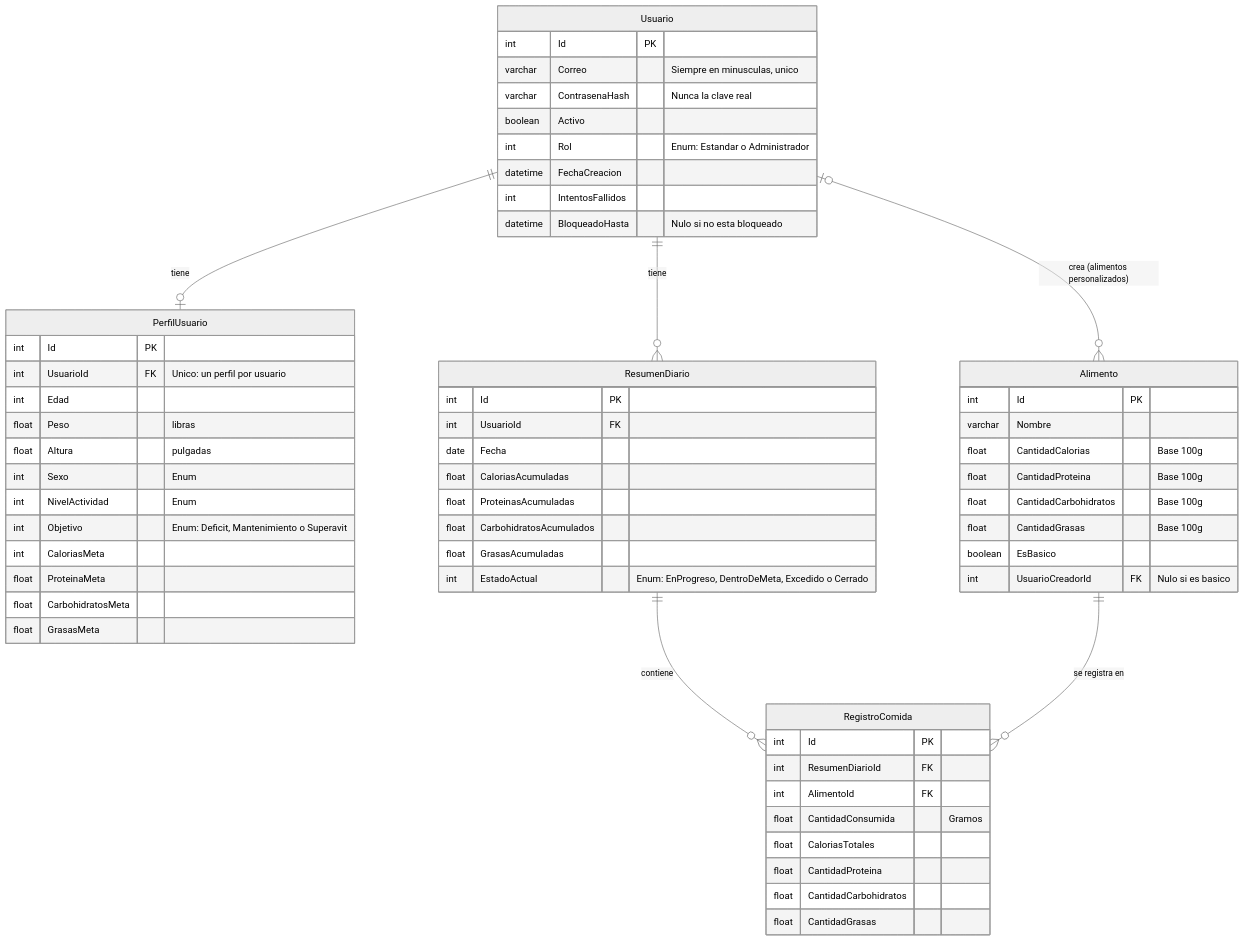
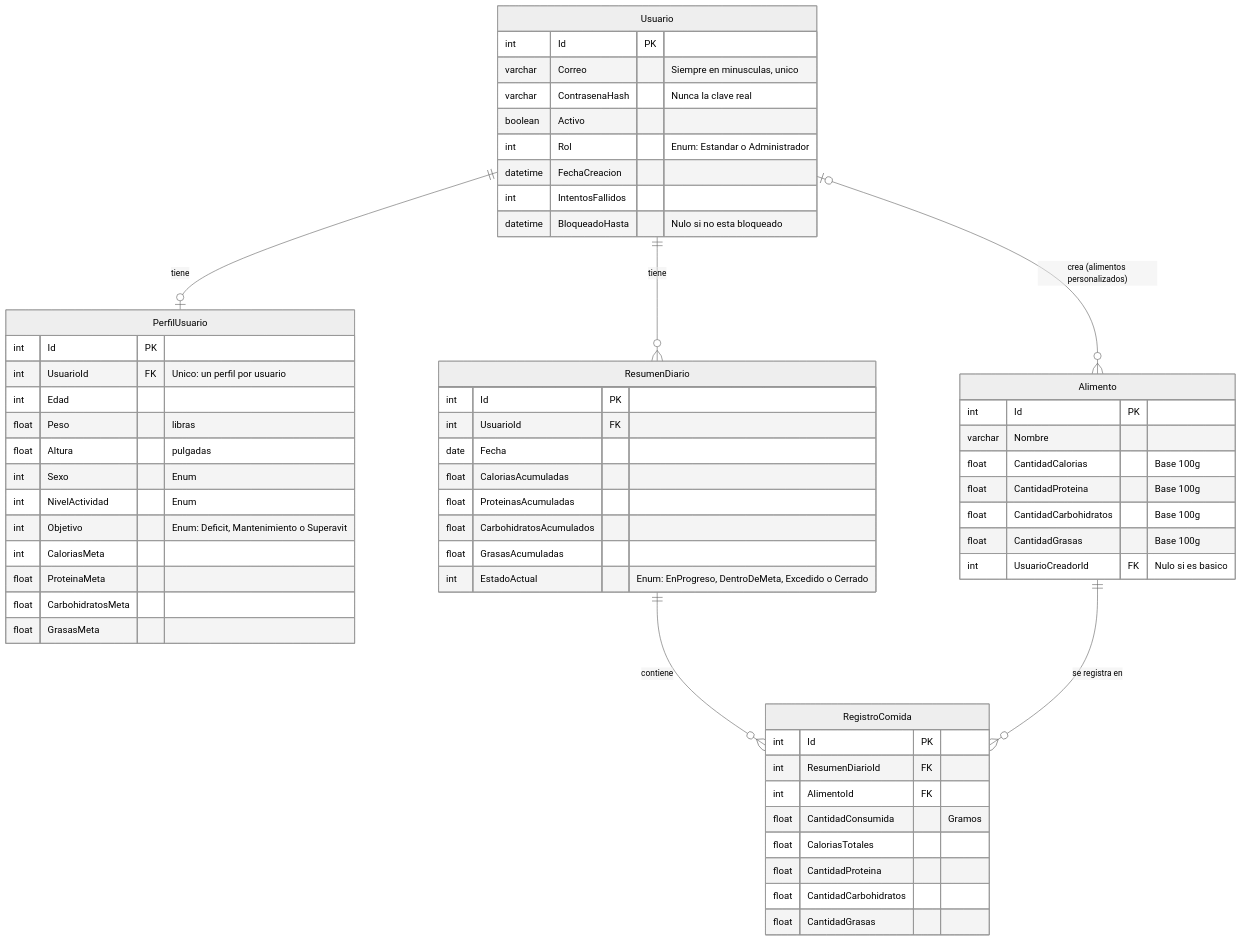
Before and after one commit to carlosgabrielcastellanossuriel-lgtm/FitTrack: the third of 3 diagrams in README.md, drawn with Mermaid (neutral theme). The commit also changed other lines of this file and 6 other files, not shown here.

````diff
--- a/README.md
+++ b/README.md
@@ -399,68 +401,67 @@
 ```mermaid
 erDiagram
     Usuario {
         int Id PK
         varchar Correo "Siempre en minusculas, unico"
         varchar ContrasenaHash "Nunca la clave real"
         boolean Activo
         int Rol "Enum: Estandar o Administrador"
         datetime FechaCreacion
         int IntentosFallidos
         datetime BloqueadoHasta "Nulo si no esta bloqueado"
     }
 
     PerfilUsuario {
         int Id PK
         int UsuarioId FK "Unico: un perfil por usuario"
         int Edad
         float Peso "libras"
         float Altura "pulgadas"
         int Sexo "Enum"
         int NivelActividad "Enum"
         int Objetivo "Enum: Deficit, Mantenimiento o Superavit"
         int CaloriasMeta
         float ProteinaMeta
         float CarbohidratosMeta
         float GrasasMeta
     }
 
     Alimento {
         int Id PK
         varchar Nombre
         float CantidadCalorias "Base 100g"
         float CantidadProteina "Base 100g"
         float CantidadCarbohidratos "Base 100g"
         float CantidadGrasas "Base 100g"
-        boolean EsBasico
         int UsuarioCreadorId FK "Nulo si es basico"
     }
 
     ResumenDiario {
         int Id PK
         int UsuarioId FK
         date Fecha
         float CaloriasAcumuladas
         float ProteinasAcumuladas
         float CarbohidratosAcumulados
         float GrasasAcumuladas
         int EstadoActual "Enum: EnProgreso, DentroDeMeta, Excedido o Cerrado"
     }
 
     RegistroComida {
         int Id PK
         int ResumenDiarioId FK
         int AlimentoId FK
         float CantidadConsumida "Gramos"
         float CaloriasTotales
         float CantidadProteina
         float CantidadCarbohidratos
         float CantidadGrasas
     }
 
     %% Relaciones
     Usuario ||--o| PerfilUsuario : "tiene"
     Usuario |o--o{ Alimento : "crea (alimentos personalizados)"
     Usuario ||--o{ ResumenDiario : "tiene"
     ResumenDiario ||--o{ RegistroComida : "contiene"
     Alimento ||--o{ RegistroComida : "se registra en"
 ```
````
